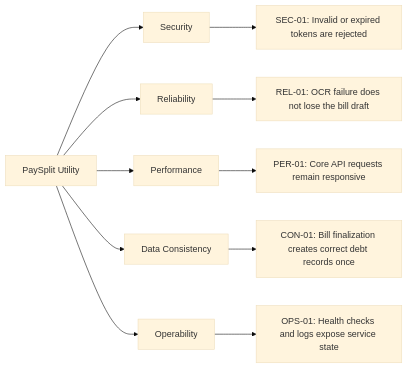
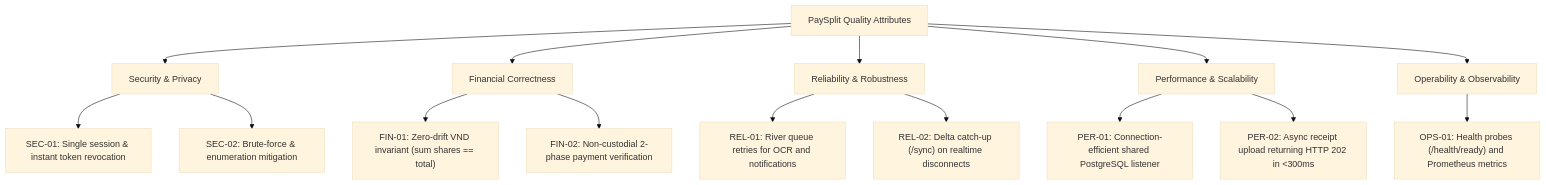
Diagram 11 of 11 in TDD/Technical_Design_Document.md (FintechVSF-Tranning/PaySplit-RP), drawn with Mermaid (base theme) before and after one commit. The commit also changed other lines of this file and 1 other file, not shown here.

````diff
--- a/TDD/Technical_Design_Document.md
+++ b/TDD/Technical_Design_Document.md
@@ -474,14 +855,24 @@
 ```mermaid
-flowchart LR
-    Root["PaySplit Utility"] --> Sec["Security"]
-    Root --> Rel["Reliability"]
-    Root --> Perf["Performance"]
-    Root --> Cons["Data Consistency"]
-    Root --> Ops["Operability"]
+flowchart TD
+    Root["PaySplit Quality Attributes"]
+    
+    Root --> Sec["Security & Privacy"]
+    Root --> Fin["Financial Correctness"]
+    Root --> Rel["Reliability & Robustness"]
+    Root --> Perf["Performance & Scalability"]
+    Root --> Ops["Operability & Observability"]
 
-    Sec --> S1["SEC-01: Invalid or expired tokens are rejected"]
-    Rel --> R1["REL-01: OCR failure does not lose the bill draft"]
-    Perf --> P1["PER-01: Core API requests remain responsive"]
-    Cons --> C1["CON-01: Bill finalization creates correct debt records once"]
-    Ops --> O1["OPS-01: Health checks and logs expose service state"]
+    Sec --> S1["SEC-01: Single session & instant token revocation"]
+    Sec --> S2["SEC-02: Brute-force & enumeration mitigation"]
+    
+    Fin --> F1["FIN-01: Zero-drift VND invariant (sum shares == total)"]
+    Fin --> F2["FIN-02: Non-custodial 2-phase payment verification"]
+    
+    Rel --> R1["REL-01: River queue retries for OCR and notifications"]
+    Rel --> R2["REL-02: Delta catch-up (/sync) on realtime disconnects"]
+    
+    Perf --> P1["PER-01: Connection-efficient shared PostgreSQL listener"]
+    Perf --> P2["PER-02: Async receipt upload returning HTTP 202 in <300ms"]
+    
+    Ops --> O1["OPS-01: Health probes (/health/ready) and Prometheus metrics"]
 ```
````
